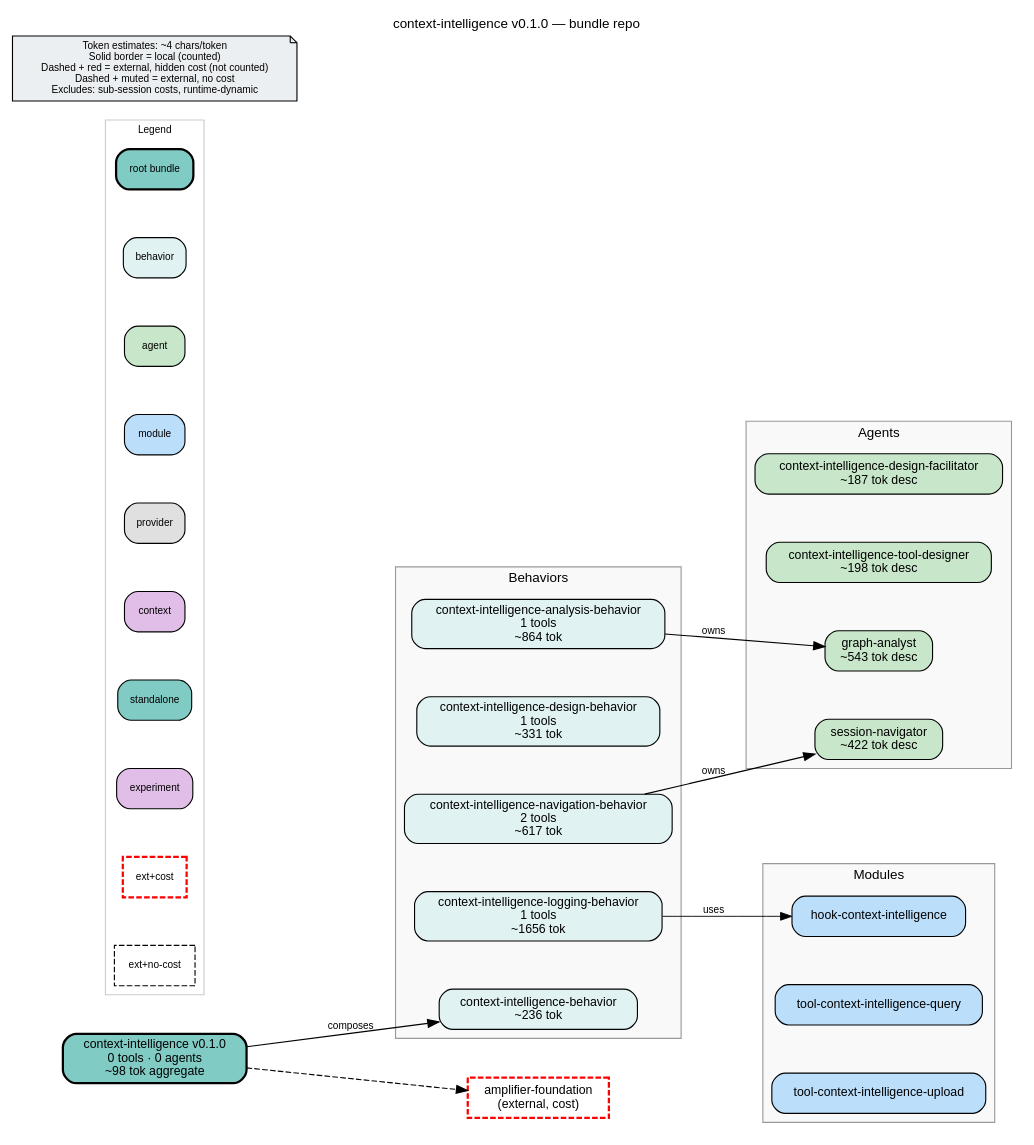
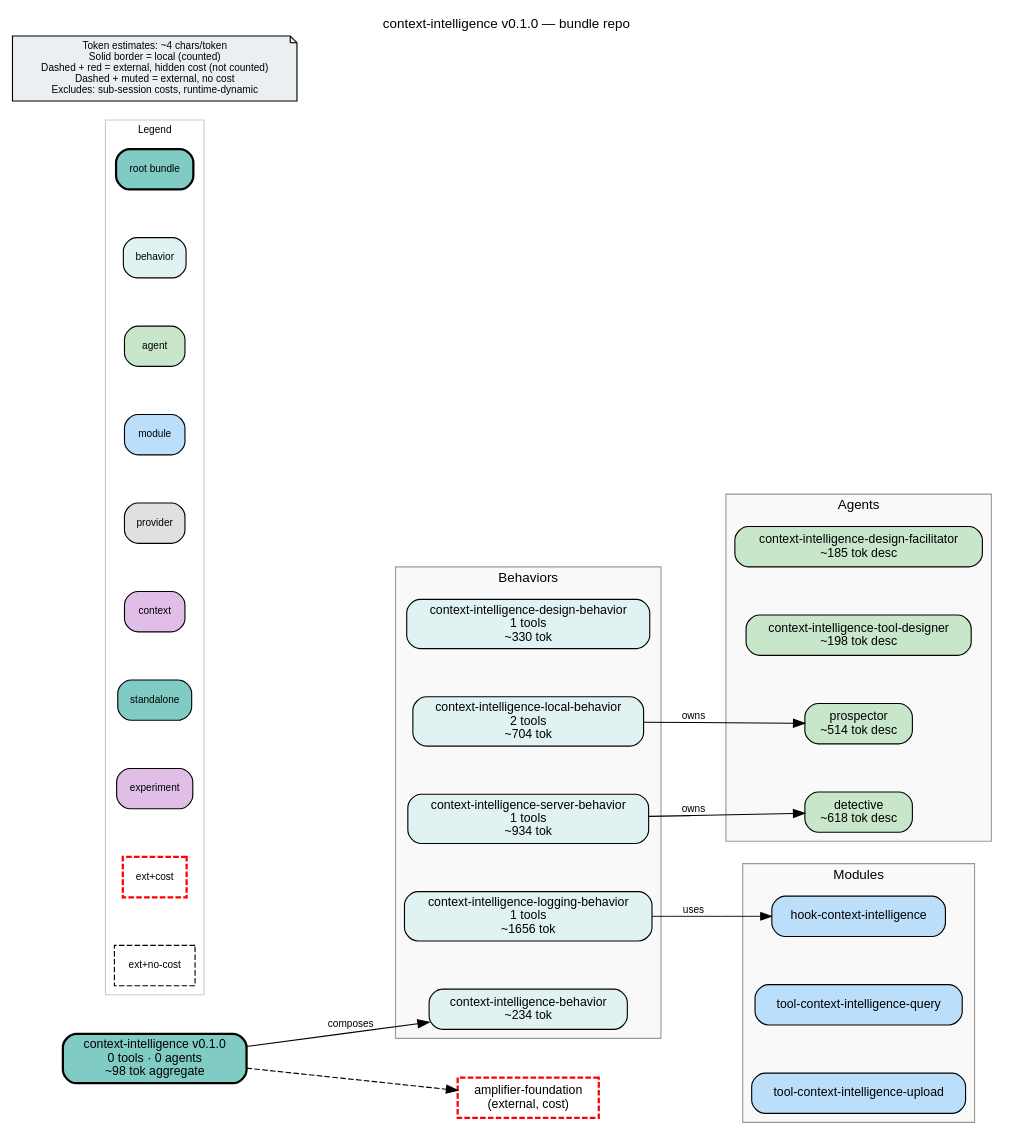
The diagram in bundle.dot (microsoft/amplifier-bundle-context-intelligence), drawn with Graphviz before and after one commit. The commit also changed 29 other files, not shown here.

```diff
--- a/bundle.dot
+++ b/bundle.dot
@@ -1,82 +1,82 @@
 digraph context_intelligence {
     rankdir=LR
     fontname="Helvetica"
     fontsize=12
     label="context-intelligence v0.1.0 — bundle repo"
     labelloc=t
     labeljust=c
     nodesep=0.6
     ranksep=0.7
     bgcolor="white"
-    source_hash="0758d63959ef34f091dbe8fc6e27bc712f154503c829bb35474423dd213c2c27"
+    source_hash="93fb6ed9971d925eee261472528d1e05420c5a712d6f359021124d648611a6d9"
 
     node [fontname="Helvetica", fontsize=11, style="filled,rounded"]
     edge [fontname="Helvetica", fontsize=9]
 
     root_context_intelligence [label="context-intelligence v0.1.0\n0 tools · 0 agents\n~98 tok aggregate", shape=box, fillcolor="#80cbc4", style="filled,rounded,bold", penwidth=2]
 
     subgraph cluster_behaviors {
         label="Behaviors"
         style="filled"
         fillcolor="#f9f9f9"
         color="#999999"
 
-        beh_context_intelligence_analysis_behavior [label="context-intelligence-analysis-behavior\n1 tools\n~864 tok", shape=box, fillcolor="#e0f2f1", style="filled,rounded"]
-        beh_context_intelligence_design_behavior [label="context-intelligence-design-behavior\n1 tools\n~331 tok", shape=box, fillcolor="#e0f2f1", style="filled,rounded"]
+        beh_context_intelligence_design_behavior [label="context-intelligence-design-behavior\n1 tools\n~330 tok", shape=box, fillcolor="#e0f2f1", style="filled,rounded"]
+        beh_context_intelligence_local_behavior [label="context-intelligence-local-behavior\n2 tools\n~704 tok", shape=box, fillcolor="#e0f2f1", style="filled,rounded"]
         beh_context_intelligence_logging_behavior [label="context-intelligence-logging-behavior\n1 tools\n~1656 tok", shape=box, fillcolor="#e0f2f1", style="filled,rounded"]
-        beh_context_intelligence_navigation_behavior [label="context-intelligence-navigation-behavior\n2 tools\n~617 tok", shape=box, fillcolor="#e0f2f1", style="filled,rounded"]
-        beh_context_intelligence_behavior [label="context-intelligence-behavior\n~236 tok", shape=box, fillcolor="#e0f2f1", style="filled,rounded"]
+        beh_context_intelligence_server_behavior [label="context-intelligence-server-behavior\n1 tools\n~934 tok", shape=box, fillcolor="#e0f2f1", style="filled,rounded"]
+        beh_context_intelligence_behavior [label="context-intelligence-behavior\n~234 tok", shape=box, fillcolor="#e0f2f1", style="filled,rounded"]
     }
 
     subgraph cluster_agents {
         label="Agents"
         style="filled"
         fillcolor="#f9f9f9"
         color="#999999"
 
-        agt_context_intelligence_design_facilitator [label="context-intelligence-design-facilitator\n~187 tok desc", shape=box, fillcolor="#c8e6c9", style="filled,rounded"]
+        agt_context_intelligence_design_facilitator [label="context-intelligence-design-facilitator\n~185 tok desc", shape=box, fillcolor="#c8e6c9", style="filled,rounded"]
         agt_context_intelligence_tool_designer [label="context-intelligence-tool-designer\n~198 tok desc", shape=box, fillcolor="#c8e6c9", style="filled,rounded"]
-        agt_graph_analyst [label="graph-analyst\n~543 tok desc", shape=box, fillcolor="#c8e6c9", style="filled,rounded"]
-        agt_session_navigator [label="session-navigator\n~422 tok desc", shape=box, fillcolor="#c8e6c9", style="filled,rounded"]
+        agt_detective [label="detective\n~618 tok desc", shape=box, fillcolor="#c8e6c9", style="filled,rounded"]
+        agt_prospector [label="prospector\n~514 tok desc", shape=box, fillcolor="#c8e6c9", style="filled,rounded"]
     }
 
     subgraph cluster_modules {
         label="Modules"
         style="filled"
         fillcolor="#f9f9f9"
         color="#999999"
 
         mod_hook_context_intelligence [label="hook-context-intelligence", shape=box, fillcolor="#bbdefb", style="filled,rounded"]
         mod_tool_context_intelligence_query [label="tool-context-intelligence-query", shape=box, fillcolor="#bbdefb", style="filled,rounded"]
         mod_tool_context_intelligence_upload [label="tool-context-intelligence-upload", shape=box, fillcolor="#bbdefb", style="filled,rounded"]
     }
 
     subgraph cluster_legend {
         label="Legend"
         style="filled"
         fillcolor="white"
         color="#cccccc"
         fontsize=9
 
         leg_root [label="root bundle", shape=box, fillcolor="#80cbc4", style="filled,rounded,bold", fontsize=9]
         leg_behavior [label="behavior", shape=box, fillcolor="#e0f2f1", style="filled,rounded", fontsize=9]
         leg_agent [label="agent", shape=box, fillcolor="#c8e6c9", style="filled,rounded", fontsize=9]
         leg_module [label="module", shape=box, fillcolor="#bbdefb", style="filled,rounded", fontsize=9]
         leg_provider [label="provider", shape=box, fillcolor="#e0e0e0", style="filled,rounded", fontsize=9]
         leg_context [label="context", shape=box, fillcolor="#e1bee7", style="filled,rounded", fontsize=9]
         leg_standalone [label="standalone", shape=box, fillcolor="#80cbc4", style="filled,rounded", fontsize=9]
         leg_experiment [label="experiment", shape=box, fillcolor="#e1bee7", style="filled,rounded", fontsize=9]
         leg_ext_cost [label="ext+cost", shape=box, fillcolor="#80cbc4", style="dashed", color="red", penwidth=2, fontsize=9]
         leg_ext_muted [label="ext+no-cost", shape=box, fillcolor="#f5f5f5", style="dashed", fontsize=9]
     }
 
     disclaimer [label="Token estimates: ~4 chars/token\nSolid border = local (counted)\nDashed + red = external, hidden cost (not counted)\nDashed + muted = external, no cost\nExcludes: sub-session costs, runtime-dynamic", shape=note, fillcolor="#eceff1", style="filled", fontsize=9]
 
     ext_githttps___github_com_microsoft_amplifier_foundation_main [label="amplifier-foundation\n(external, cost)", shape=box, fillcolor="#80cbc4", style="dashed", color="red", penwidth=2]
 
     root_context_intelligence -> ext_githttps___github_com_microsoft_amplifier_foundation_main [style=dashed]
     root_context_intelligence -> beh_context_intelligence_behavior [label="composes"]
-    beh_context_intelligence_analysis_behavior -> agt_graph_analyst [label="owns"]
+    beh_context_intelligence_local_behavior -> agt_prospector [label="owns"]
     beh_context_intelligence_logging_behavior -> mod_hook_context_intelligence [label="uses", penwidth=0.8]
-    beh_context_intelligence_navigation_behavior -> agt_session_navigator [label="owns"]
+    beh_context_intelligence_server_behavior -> agt_detective [label="owns"]
 }
```
